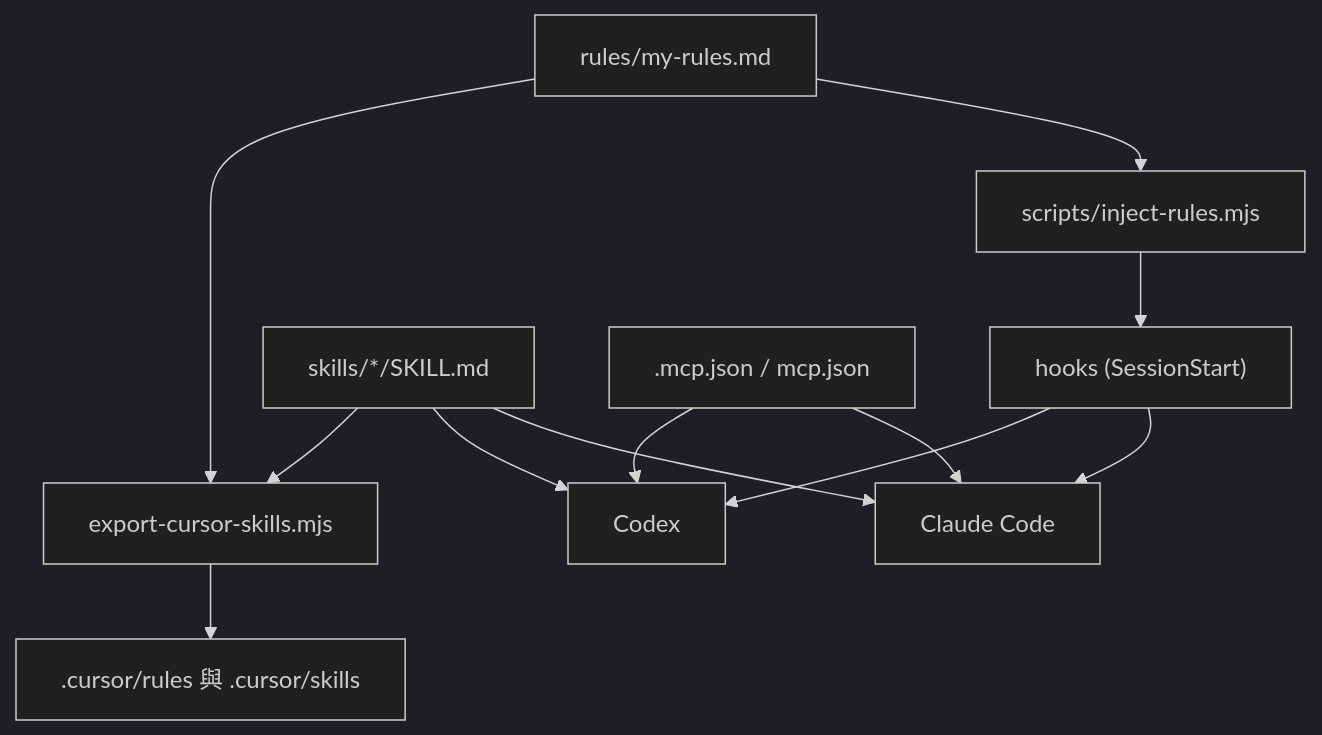
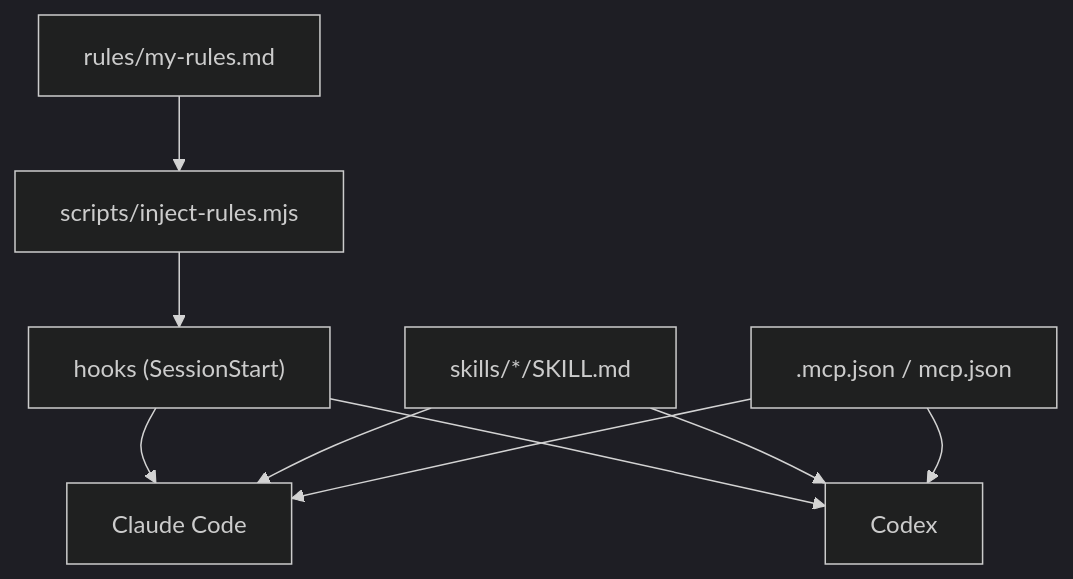
Before and after one commit to VECTOR-COOL/my-agent-toolkit: the diagram in my-plugins/my-workflow/AGENTS.md, drawn with Mermaid (dark theme). The commit also changed other lines of this file and 46 other files, not shown here.

First line of the commit message:
chore(plugin): remove Cursor compatibility (export script, .cursor output, docs)

````diff
--- a/my-plugins/my-workflow/AGENTS.md
+++ b/my-plugins/my-workflow/AGENTS.md
@@ -22,14 +22,11 @@
 ```mermaid
 graph TD
   Rules["rules/my-rules.md"] --> Inject["scripts/inject-rules.mjs"]
   Inject --> Hook["hooks (SessionStart)"]
   Hook --> Claude["Claude Code"]
   Hook --> Codex["Codex"]
-  Rules --> Export["export-cursor-skills.mjs"]
   Skills["skills/*/SKILL.md"] --> Claude
   Skills --> Codex
-  Skills --> Export
-  Export --> Cursor[".cursor/rules 與 .cursor/skills"]
   Mcp[".mcp.json / mcp.json"] --> Claude
   Mcp --> Codex
 ```
````
